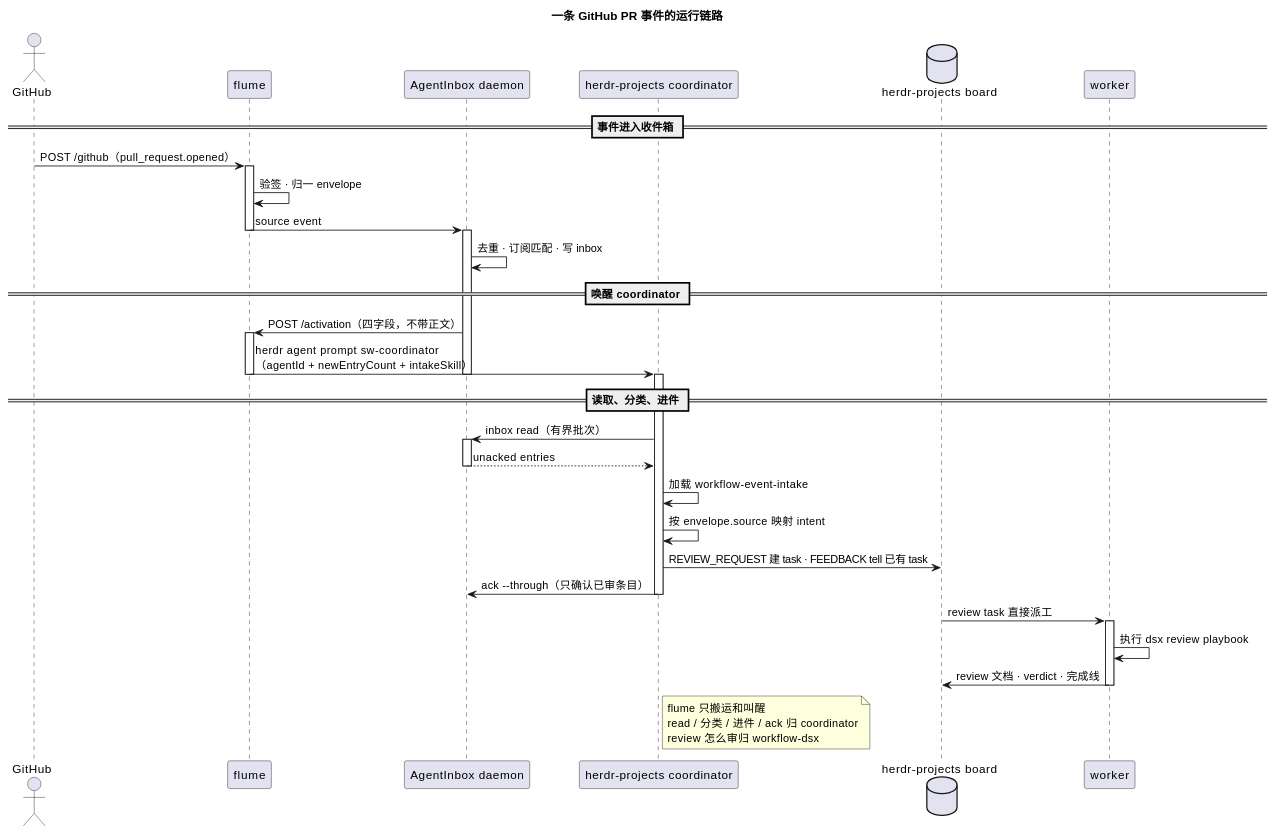
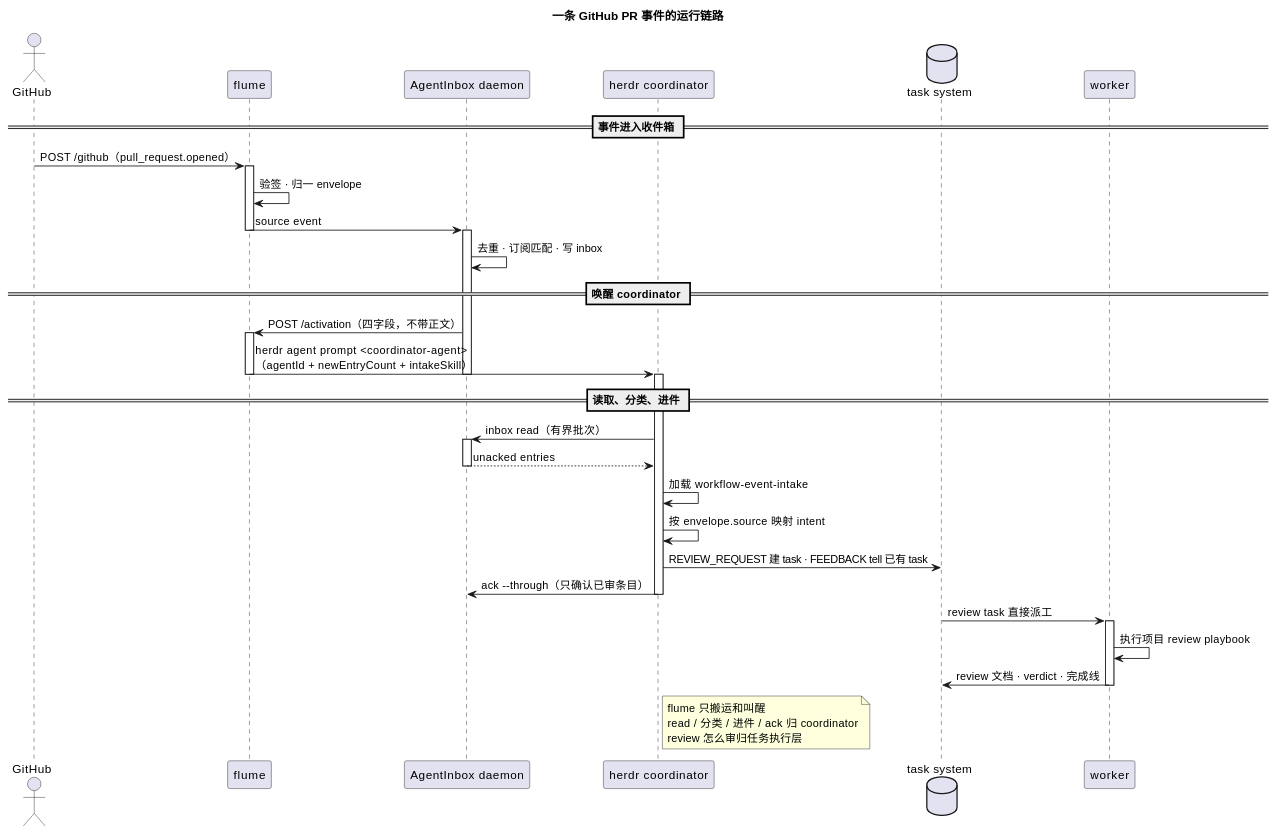
Before and after one commit to iodone/flume: the diagram in README.md, drawn with PlantUML. The commit also changed other lines of this file and 3 other files, not shown here.

````diff
--- a/README.md
+++ b/README.md
@@ -191,53 +191,53 @@
 ```plantuml
 @startuml
 title 一条 GitHub PR 事件的运行链路
 
 actor       "GitHub"                      as GH
 participant "flume"                       as FL
 participant "AgentInbox daemon"           as AI
-participant "herdr-projects coordinator"  as CO
-database    "herdr-projects board"        as BD
+participant "herdr coordinator"           as CO
+database    "task system"                 as BD
 participant "worker"                      as WK
 
 == 事件进入收件箱 ==
 GH -> FL : POST /github（pull_request.opened）
 activate FL
 FL -> FL : 验签 · 归一 envelope
 FL -> AI : source event
 deactivate FL
 activate AI
 AI -> AI : 去重 · 订阅匹配 · 写 inbox
 
 == 唤醒 coordinator ==
 AI -> FL : POST /activation（四字段，不带正文）
 activate FL
-FL -> CO : herdr agent prompt sw-coordinator\n（agentId + newEntryCount + intakeSkill）
+FL -> CO : herdr agent prompt <coordinator-agent>\n（agentId + newEntryCount + intakeSkill）
 deactivate FL
 deactivate AI
 
 == 读取、分类、进件 ==
 activate CO
 CO -> AI : inbox read（有界批次）
 activate AI
 AI --> CO : unacked entries
 deactivate AI
 CO -> CO : 加载 workflow-event-intake
 CO -> CO : 按 envelope.source 映射 intent
 CO -> BD : REVIEW_REQUEST 建 task · FEEDBACK tell 已有 task
 CO -> AI : ack --through（只确认已审条目）
 deactivate CO
 
 BD -> WK : review task 直接派工
 activate WK
-WK -> WK : 执行 dsx review playbook
+WK -> WK : 执行项目 review playbook
 WK -> BD : review 文档 · verdict · 完成线
 deactivate WK
 
 note right of CO
   flume 只搬运和叫醒
   read / 分类 / 进件 / ack 归 coordinator
-  review 怎么审归 workflow-dsx
+  review 怎么审归任务执行层
 end note
 
 @enduml
 ```
````
